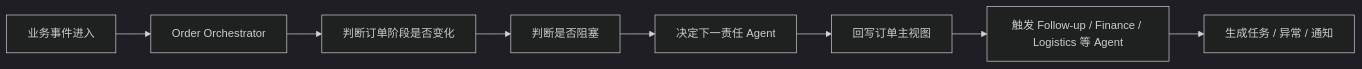
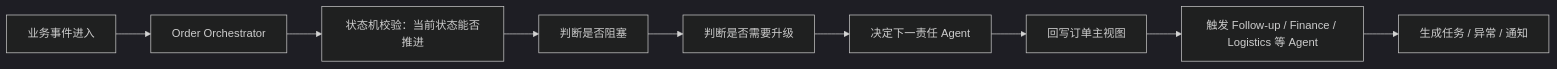
Before and after one commit to cinastanbean/AtlasTradeAI: the diagram in docs/02-system-architecture/order-orchestrator-design.md, drawn with Mermaid (dark theme). The commit also changed other lines of this file and 7 other files, not shown here.

````diff
--- a/docs/02-system-architecture/order-orchestrator-design.md
+++ b/docs/02-system-architecture/order-orchestrator-design.md
@@ -43,10 +43,11 @@
 ```mermaid
 flowchart LR
     A["业务事件进入"] --> B["Order Orchestrator"]
-    B --> C["判断订单阶段是否变化"]
+    B --> C["状态机校验：当前状态能否推进"]
     C --> D["判断是否阻塞"]
-    D --> E["决定下一责任 Agent"]
-    E --> F["回写订单主视图"]
-    F --> G["触发 Follow-up / Finance / Logistics 等 Agent"]
-    G --> H["生成任务 / 异常 / 通知"]
+    D --> E["判断是否需要升级"]
+    E --> F["决定下一责任 Agent"]
+    F --> G["回写订单主视图"]
+    G --> H["触发 Follow-up / Finance / Logistics 等 Agent"]
+    H --> I["生成任务 / 异常 / 通知"]
 ```
````
